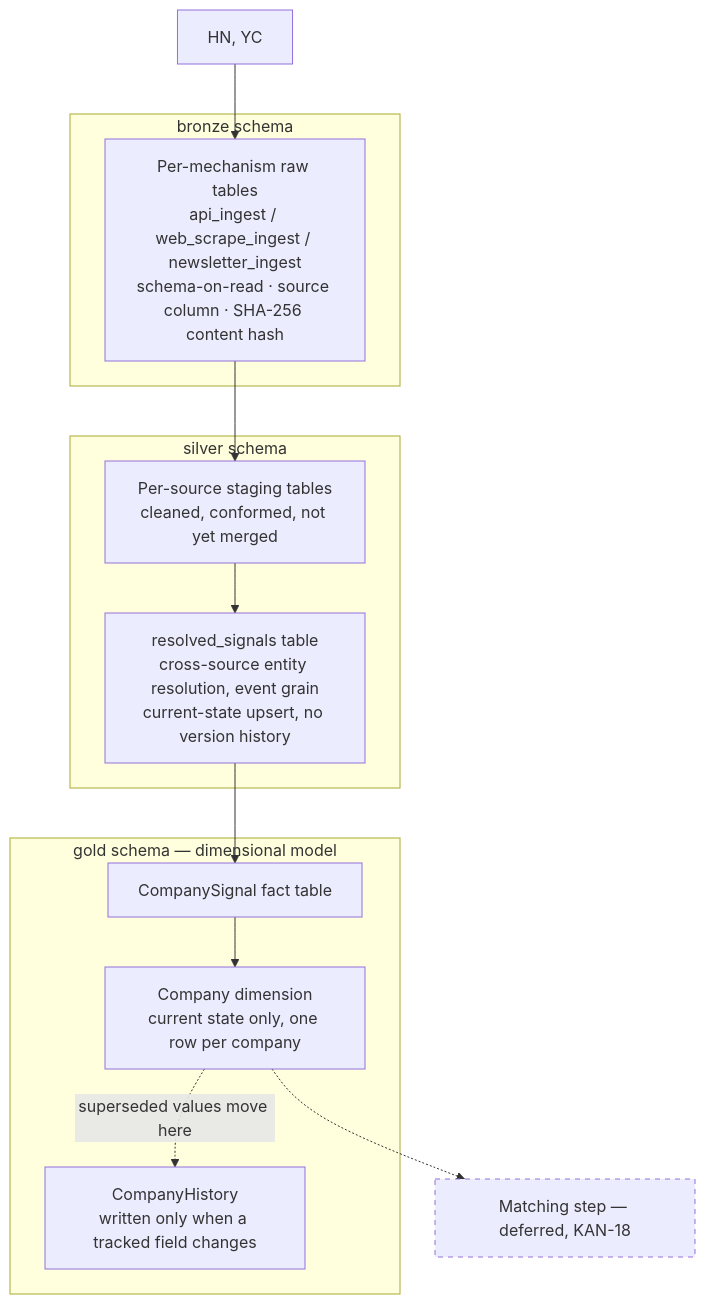
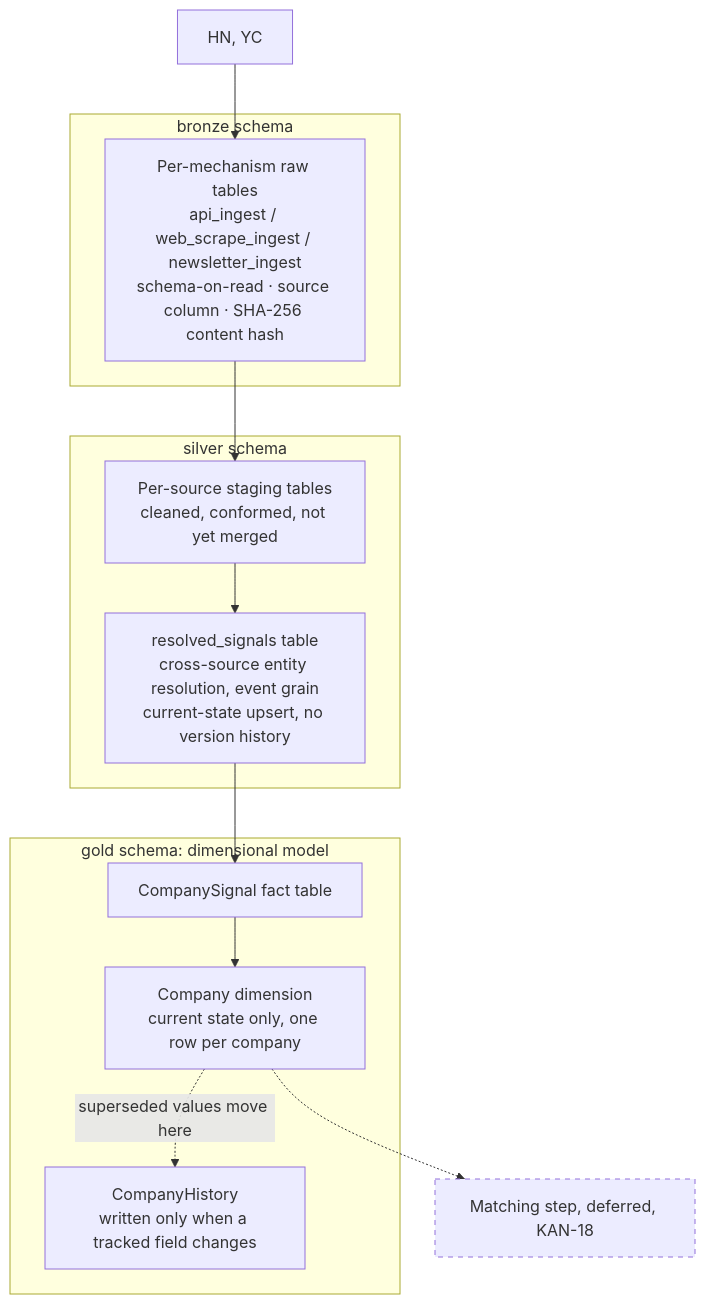
The second of 4 diagrams in Huginn Arch Dcument.md (KhaledAwashreh/Huginn), drawn with Mermaid before and after one commit. The commit also changed other lines of this file, not shown here.

First line of the commit message:
Restyle the architecture document to the technical-writing style

````diff
--- a/Huginn Arch Dcument.md
+++ b/Huginn Arch Dcument.md
@@ -90,31 +90,31 @@
 ```mermaid
 flowchart TB
     SRC["HN, YC"]
 
     subgraph BRONZE["bronze schema"]
         BR["Per-mechanism raw tables<br/>api_ingest / web_scrape_ingest / newsletter_ingest<br/>schema-on-read · source column · SHA-256 content hash"]
     end
 
     subgraph SILVER["silver schema"]
         SS["Per-source staging tables<br/>cleaned, conformed, not yet merged"]
         SR["resolved_signals table<br/>cross-source entity resolution, event grain<br/>current-state upsert, no version history"]
         SS --> SR
     end
 
-    subgraph GOLD["gold schema — dimensional model"]
+    subgraph GOLD["gold schema: dimensional model"]
         GD["Company dimension<br/>current state only, one row per company"]
         GH["CompanyHistory<br/>written only when a tracked field changes"]
         GF["CompanySignal fact table"]
         GF --> GD
         GD -.->|"superseded values move here"| GH
     end
 
-    MATCH["Matching step — deferred, KAN-18"]
+    MATCH["Matching step, deferred, KAN-18"]
 
     SRC --> BR --> SS
     SR --> GF
     GD -.-> MATCH
 
     classDef deferred stroke-dasharray: 5 5
     class MATCH deferred
 ```
````
